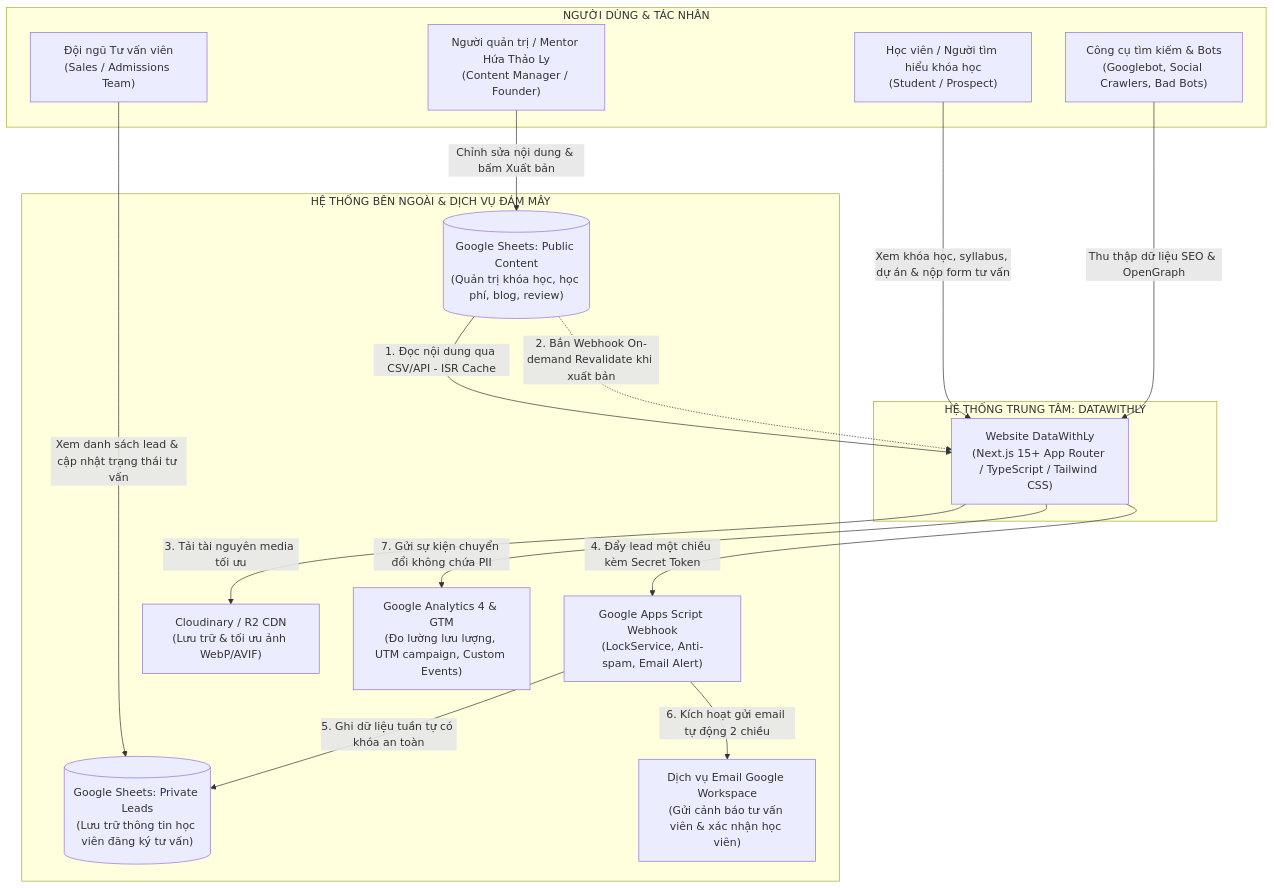
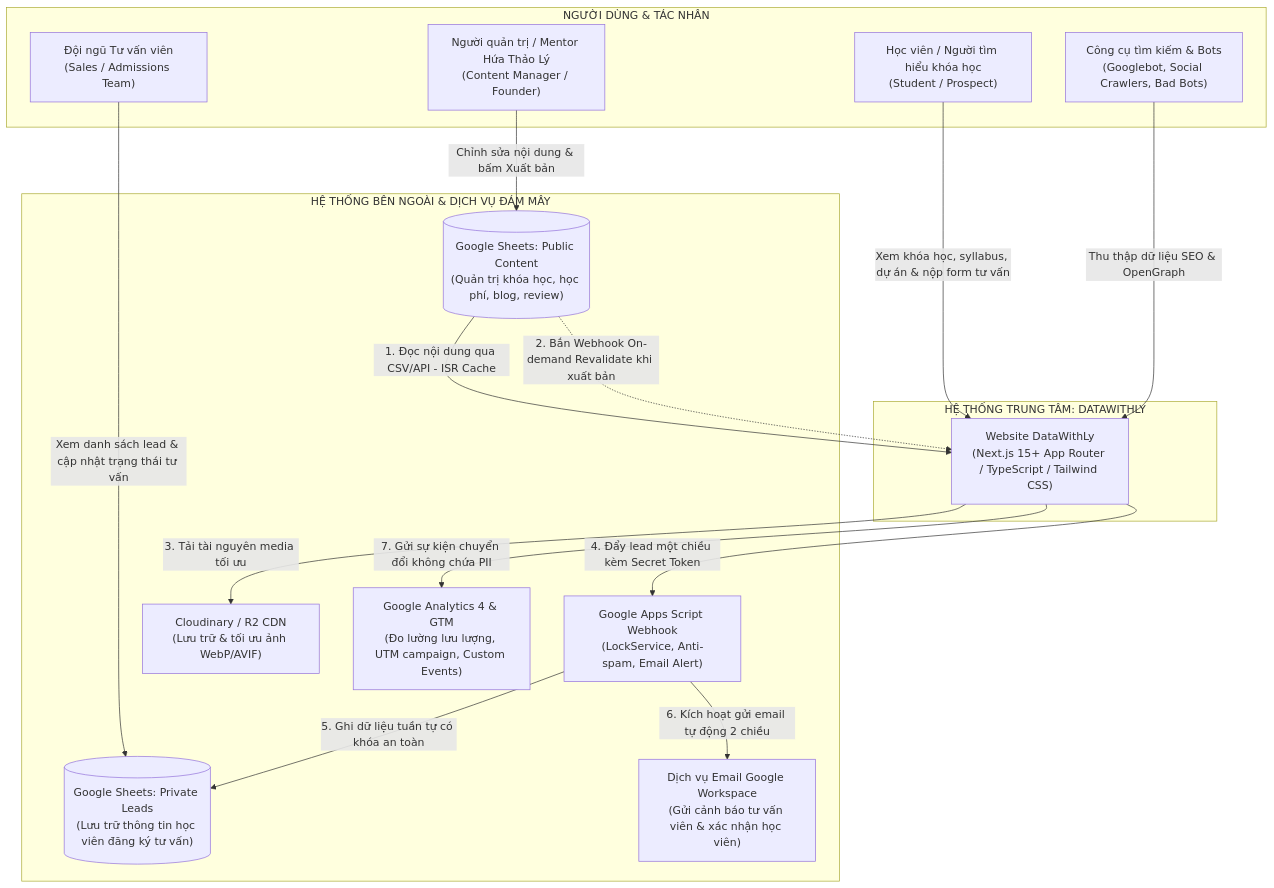
One commit to TruongHienTHMH/Ed_tech changed the first of 3 diagrams in .docs/07-architecture/system-context.md. Above: the diagram before and after it, drawn with Mermaid. The commit also changed other lines of this file and 90 other files, not shown here.

````diff
--- a/.docs/07-architecture/system-context.md
+++ b/.docs/07-architecture/system-context.md
@@ -20,37 +20,37 @@
 ```mermaid
 graph TD
     subgraph Users["NGƯỜI DÙNG & TÁC NHÂN"]
         User_Student["Học viên / Người tìm hiểu khóa học<br/>(Student / Prospect)"]
-        User_Admin["Người quản trị / Mentor Hứa Thảo Ly<br/>(Content Manager / Founder)"]
+        User_Admin["Người quản trị / Mentor Hứa Thảo Lý<br/>(Content Manager / Founder)"]
         User_Consultant["Đội ngũ Tư vấn viên<br/>(Sales / Admissions Team)"]
         User_Bot["Công cụ tìm kiếm & Bots<br/>(Googlebot, Social Crawlers, Bad Bots)"]
     end
 
     subgraph System_Boundary["HỆ THỐNG TRUNG TÂM: DATAWITHLY"]
         Web_App["Website DataWithLy<br/>(Next.js 15+ App Router / TypeScript / Tailwind CSS)"]
     end
 
     subgraph External_Services["HỆ THỐNG BÊN NGOÀI & DỊCH VỤ ĐÁM MÂY"]
         Google_Content[("Google Sheets: Public Content<br/>(Quản trị khóa học, học phí, blog, review)")]
         Google_Leads[("Google Sheets: Private Leads<br/>(Lưu trữ thông tin học viên đăng ký tư vấn)")]
         GAS_Webhook["Google Apps Script Webhook<br/>(LockService, Anti-spam, Email Alert)"]
         CDN_Media["Cloudinary / R2 CDN<br/>(Lưu trữ & tối ưu ảnh WebP/AVIF)"]
         Mail_Service["Dịch vụ Email Google Workspace<br/>(Gửi cảnh báo tư vấn viên & xác nhận học viên)"]
         Analytics_Platform["Google Analytics 4 & GTM<br/>(Đo lường lưu lượng, UTM campaign, Custom Events)"]
     end
 
     %% Tương tác người dùng
     User_Student -->|Xem khóa học, syllabus, dự án & nộp form tư vấn| Web_App
     User_Admin -->|Chỉnh sửa nội dung & bấm Xuất bản| Google_Content
     User_Consultant -->|Xem danh sách lead & cập nhật trạng thái tư vấn| Google_Leads
     User_Bot -->|Thu thập dữ liệu SEO & OpenGraph| Web_App
 
     %% Tương tác hệ thống
     Google_Content -->|"1. Đọc nội dung qua CSV/API - ISR Cache"| Web_App
     Google_Content -.->|2. Bắn Webhook On-demand Revalidate khi xuất bản| Web_App
     Web_App -->|3. Tải tài nguyên media tối ưu| CDN_Media
     Web_App -->|4. Đẩy lead một chiều kèm Secret Token| GAS_Webhook
     GAS_Webhook -->|5. Ghi dữ liệu tuần tự có khóa an toàn| Google_Leads
     GAS_Webhook -->|6. Kích hoạt gửi email tự động 2 chiều| Mail_Service
     Web_App -->|7. Gửi sự kiện chuyển đổi không chứa PII| Analytics_Platform
 ```
````
